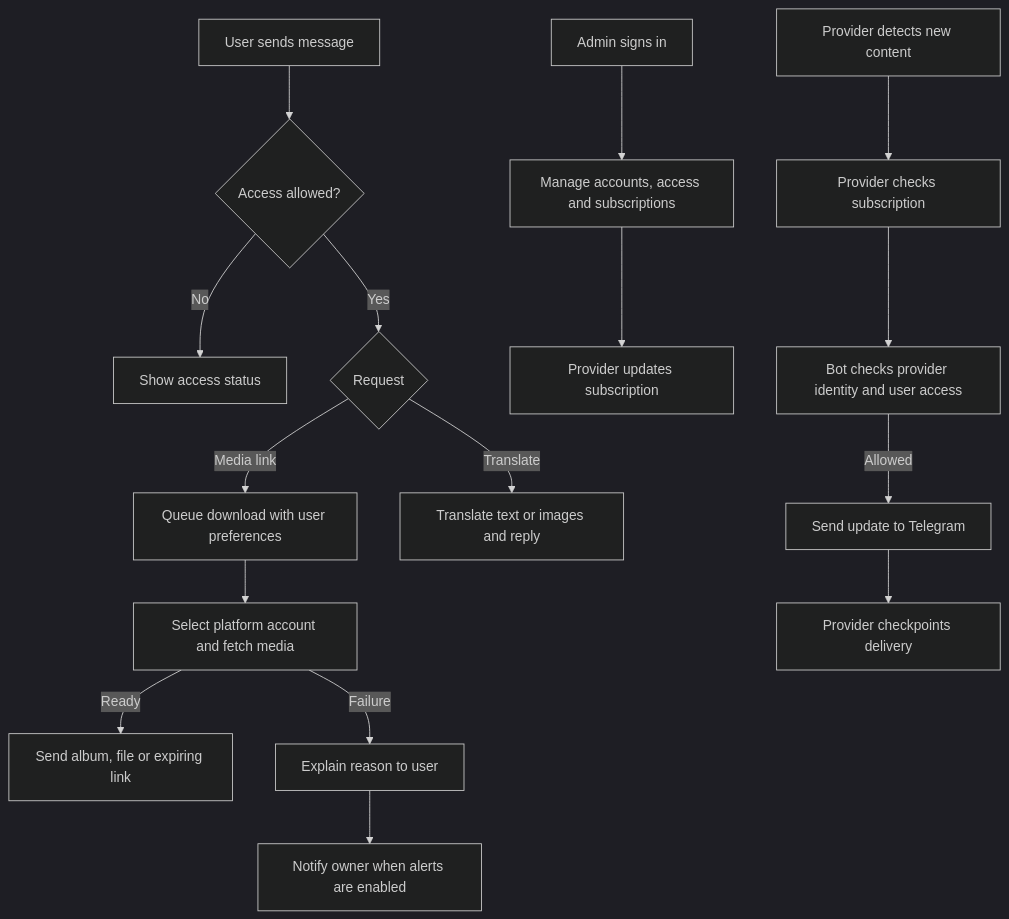
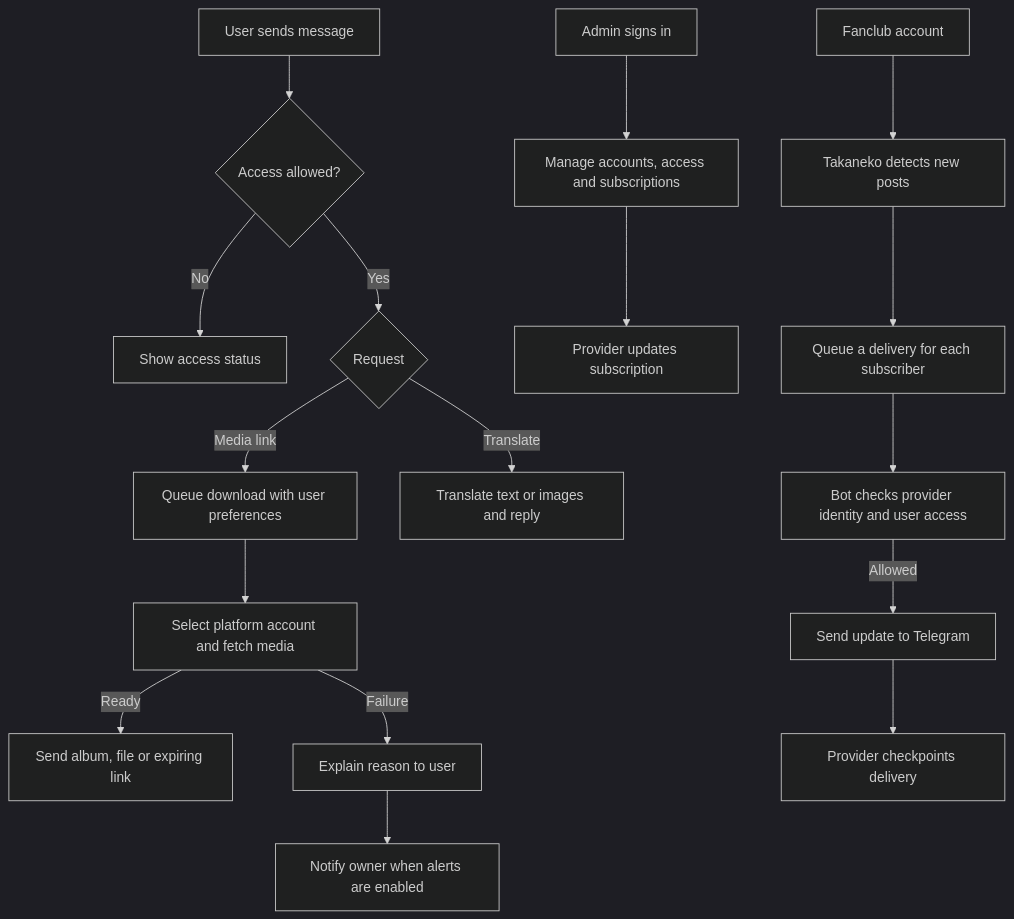
Before and after one commit to Senachi124/TelegramSocialDownloader: the diagram in README.md, drawn with Mermaid (dark theme). The commit also changed other lines of this file and 31 other files, not shown here.

Commit message:
Bundle a standalone Takaneko subscription service and installer

````diff
--- a/README.md
+++ b/README.md
@@ -29,18 +29,19 @@
 ```mermaid
 flowchart TD
     A[User sends message] --> B{Access allowed?}
     B -->|No| C[Show access status]
     B -->|Yes| D{Request}
     D -->|Media link| E[Queue download with user preferences]
     E --> F[Select platform account and fetch media]
     F -->|Ready| G[Send album, file or expiring link]
     F -->|Failure| H[Explain reason to user]
     H --> I[Notify owner when alerts are enabled]
     D -->|Translate| J[Translate text or images and reply]
     K[Admin signs in] --> L[Manage accounts, access and subscriptions]
     L --> M[Provider updates subscription]
-    N[Provider detects new content] --> O[Provider checks subscription]
+    T[Fanclub account] --> N[Takaneko detects new posts]
+    N --> O[Queue a delivery for each subscriber]
     O --> P[Bot checks provider identity and user access]
     P -->|Allowed| Q[Send update to Telegram]
     Q --> R[Provider checkpoints delivery]
 ```
````
